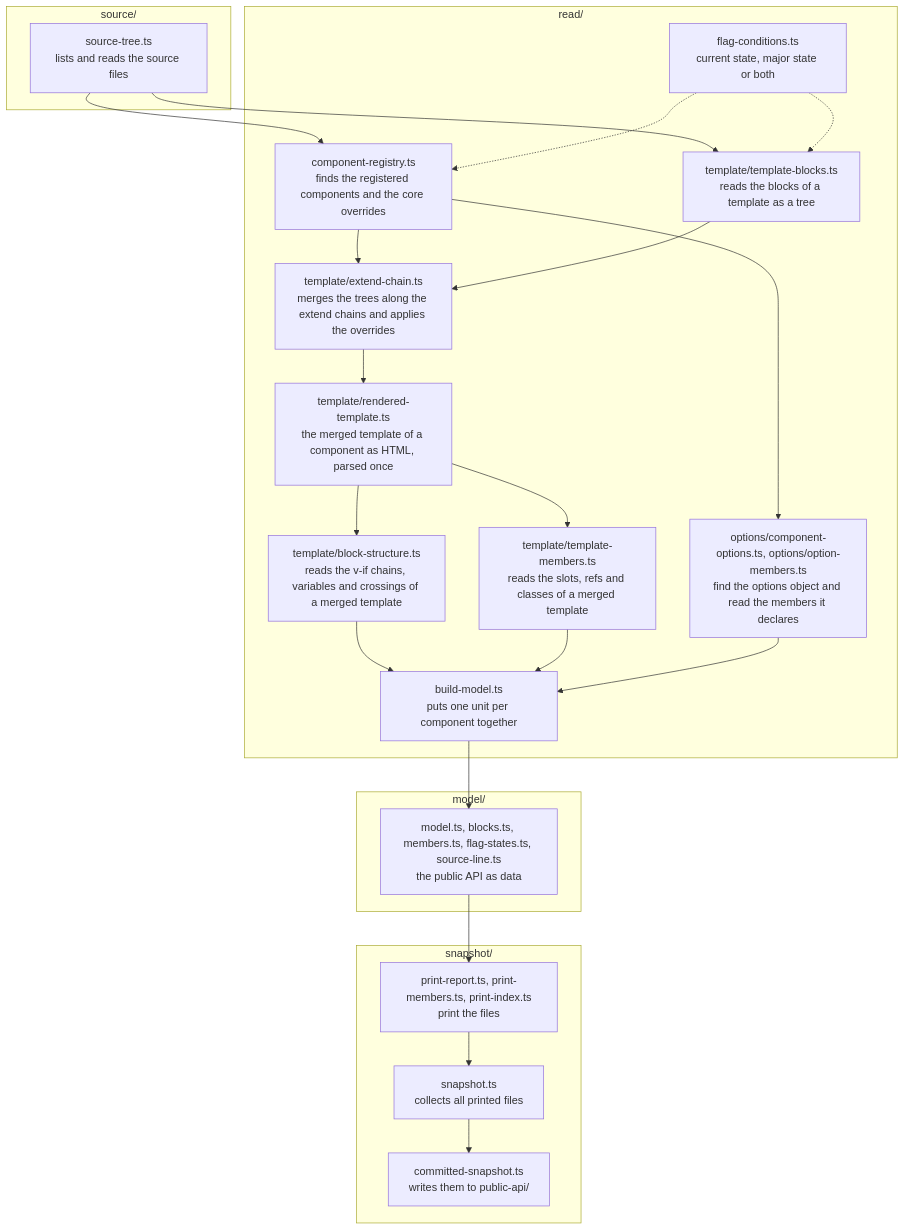
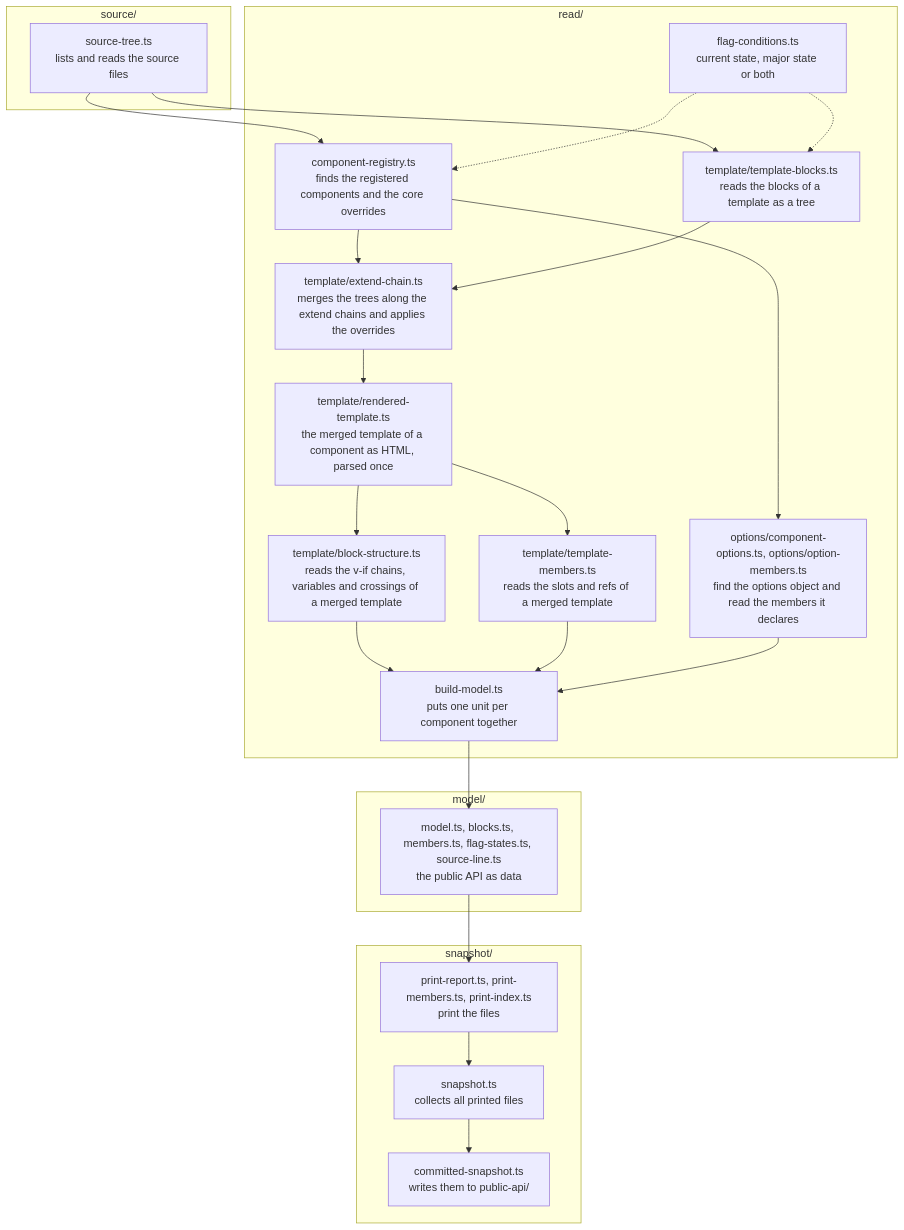
The first of 2 diagrams in src/Administration/Resources/app/administration/scripts/generate-public-api/README.md (shopware/shopware), drawn with Mermaid before and after one commit. The commit also changed other lines of this file and 113 other files, not shown here.

````diff
--- a/src/Administration/Resources/app/administration/scripts/generate-public-api/README.md
+++ b/src/Administration/Resources/app/administration/scripts/generate-public-api/README.md
@@ -30,33 +31,33 @@
 ```mermaid
 flowchart TD
     subgraph source["source/"]
         tree["source-tree.ts<br/>lists and reads the source files"]
     end
     subgraph read["read/"]
         registry["component-registry.ts<br/>finds the registered components and the core overrides"]
         blocks["template/template-blocks.ts<br/>reads the blocks of a template as a tree"]
         chain["template/extend-chain.ts<br/>merges the trees along the extend chains and applies the overrides"]
         rendered["template/rendered-template.ts<br/>the merged template of a component as HTML, parsed once"]
         structure["template/block-structure.ts<br/>reads the v-if chains, variables and crossings of a merged template"]
-        templateMembers["template/template-members.ts<br/>reads the slots, refs and classes of a merged template"]
+        templateMembers["template/template-members.ts<br/>reads the slots and refs of a merged template"]
         options["options/component-options.ts, options/option-members.ts<br/>find the options object and read the members it declares"]
         flags["flag-conditions.ts<br/>current state, major state or both"]
         build["build-model.ts<br/>puts one unit per component together"]
     end
     subgraph model["model/"]
         data["model.ts, blocks.ts, members.ts, flag-states.ts, source-line.ts<br/>the public API as data"]
     end
     subgraph snapshot["snapshot/"]
         printers["print-report.ts, print-members.ts, print-index.ts<br/>print the files"]
         files["snapshot.ts<br/>collects all printed files"]
         committed["committed-snapshot.ts<br/>writes them to public-api/"]
     end
 
     tree --> registry --> chain
     tree --> blocks --> chain --> rendered --> structure --> build
     rendered --> templateMembers --> build
     registry --> options --> build
     flags -.-> registry
     flags -.-> blocks
     build --> data --> printers --> files --> committed
 ```
````
